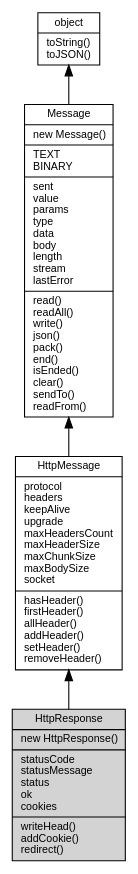
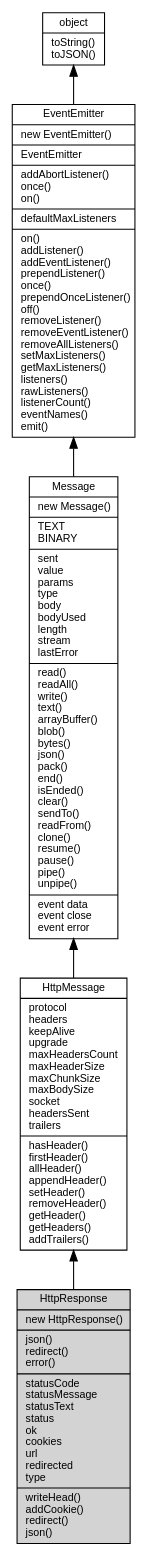
The diagram in docs/manual/object/ifs/HttpResponse.md (fibjs/fibjs.org), drawn with Graphviz before and after one commit. The commit also changed other lines of this file and 148 other files, not shown here.

First line of the commit message:
feat: add ZlibCodec documentation and update object graph

````diff
--- a/docs/manual/object/ifs/HttpResponse.md
+++ b/docs/manual/object/ifs/HttpResponse.md
@@ -23,14 +23,16 @@
 ```dot
 digraph {
     node [fontname="Helvetica,sans-Serif", fontsize=10, shape="record", style="filled", fillcolor="white"];
 
     object [tooltip="object", URL="object.md", label="{object|toString()\ltoJSON()\l}"];
-    Message [tooltip="Message", URL="Message.md", label="{Message|new Message()\l|TEXT\lBINARY\l|sent\lvalue\lparams\ltype\ldata\lbody\llength\lstream\llastError\l|read()\lreadAll()\lwrite()\ljson()\lpack()\lend()\lisEnded()\lclear()\lsendTo()\lreadFrom()\l}"];
-    HttpMessage [tooltip="HttpMessage", URL="HttpMessage.md", label="{HttpMessage|protocol\lheaders\lkeepAlive\lupgrade\lmaxHeadersCount\lmaxHeaderSize\lmaxChunkSize\lmaxBodySize\lsocket\l|hasHeader()\lfirstHeader()\lallHeader()\laddHeader()\lsetHeader()\lremoveHeader()\l}"];
-    HttpResponse [tooltip="HttpResponse", fillcolor="lightgray", id="me", label="{HttpResponse|new HttpResponse()\l|statusCode\lstatusMessage\lstatus\lok\lcookies\l|writeHead()\laddCookie()\lredirect()\l}"];
+    EventEmitter [tooltip="EventEmitter", URL="EventEmitter.md", label="{EventEmitter|new EventEmitter()\l|EventEmitter\l|addAbortListener()\lonce()\lon()\l|defaultMaxListeners\l|on()\laddListener()\laddEventListener()\lprependListener()\lonce()\lprependOnceListener()\loff()\lremoveListener()\lremoveEventListener()\lremoveAllListeners()\lsetMaxListeners()\lgetMaxListeners()\llisteners()\lrawListeners()\llistenerCount()\leventNames()\lemit()\l}"];
+    Message [tooltip="Message", URL="Message.md", label="{Message|new Message()\l|TEXT\lBINARY\l|sent\lvalue\lparams\ltype\lbody\lbodyUsed\llength\lstream\llastError\l|read()\lreadAll()\lwrite()\ltext()\larrayBuffer()\lblob()\lbytes()\ljson()\lpack()\lend()\lisEnded()\lclear()\lsendTo()\lreadFrom()\lclone()\lresume()\lpause()\lpipe()\lunpipe()\l|event data\levent close\levent error\l}"];
+    HttpMessage [tooltip="HttpMessage", URL="HttpMessage.md", label="{HttpMessage|protocol\lheaders\lkeepAlive\lupgrade\lmaxHeadersCount\lmaxHeaderSize\lmaxChunkSize\lmaxBodySize\lsocket\lheadersSent\ltrailers\l|hasHeader()\lfirstHeader()\lallHeader()\lappendHeader()\lsetHeader()\lremoveHeader()\lgetHeader()\lgetHeaders()\laddTrailers()\l}"];
+    HttpResponse [tooltip="HttpResponse", fillcolor="lightgray", id="me", label="{HttpResponse|new HttpResponse()\l|json()\lredirect()\lerror()\l|statusCode\lstatusMessage\lstatusText\lstatus\lok\lcookies\lurl\lredirected\ltype\l|writeHead()\laddCookie()\lredirect()\ljson()\l}"];
 
-    object -> Message [dir=back];
+    object -> EventEmitter [dir=back];
+    EventEmitter -> Message [dir=back];
     Message -> HttpMessage [dir=back];
     HttpMessage -> HttpResponse [dir=back];
 }
 ```
````
